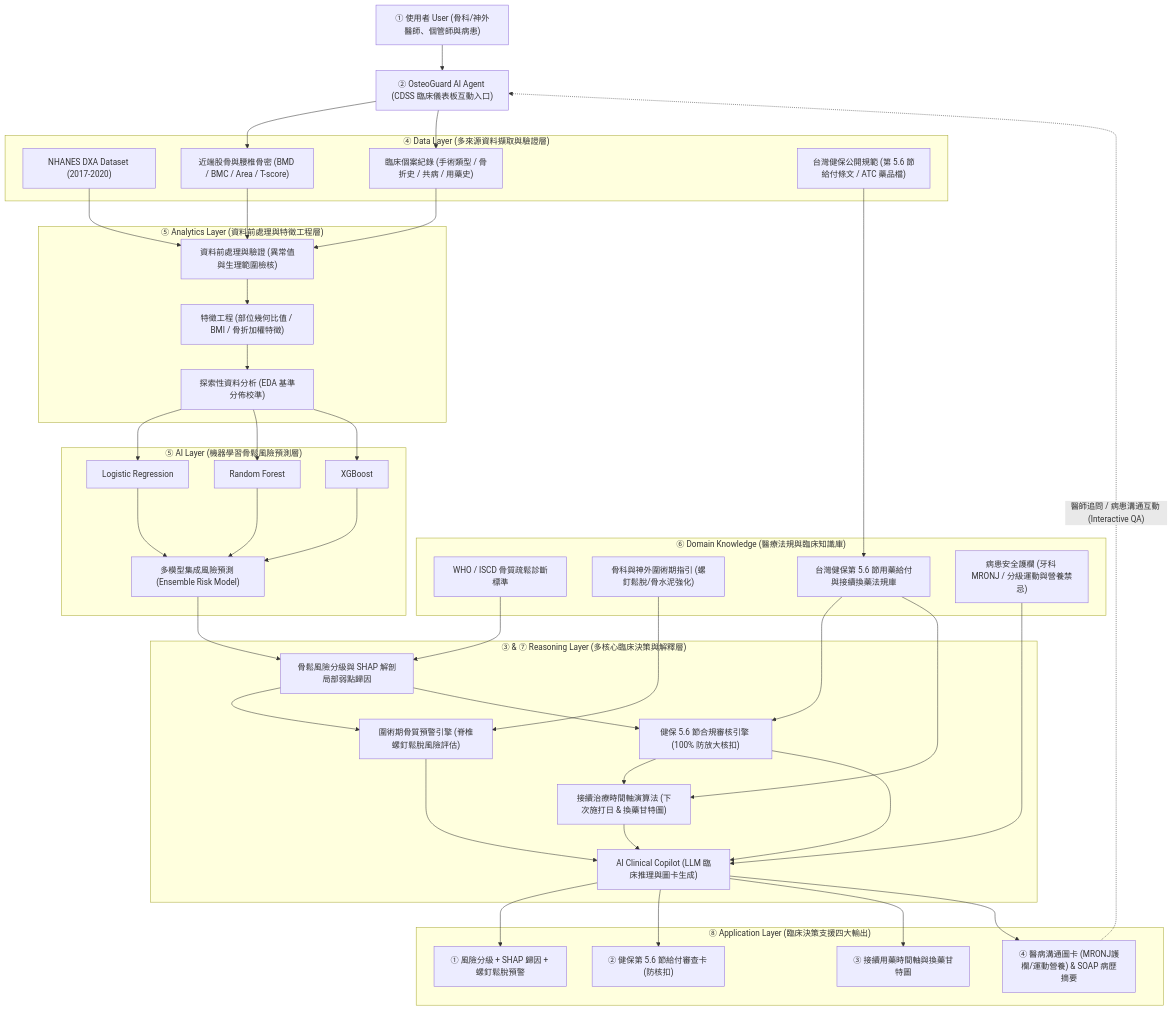
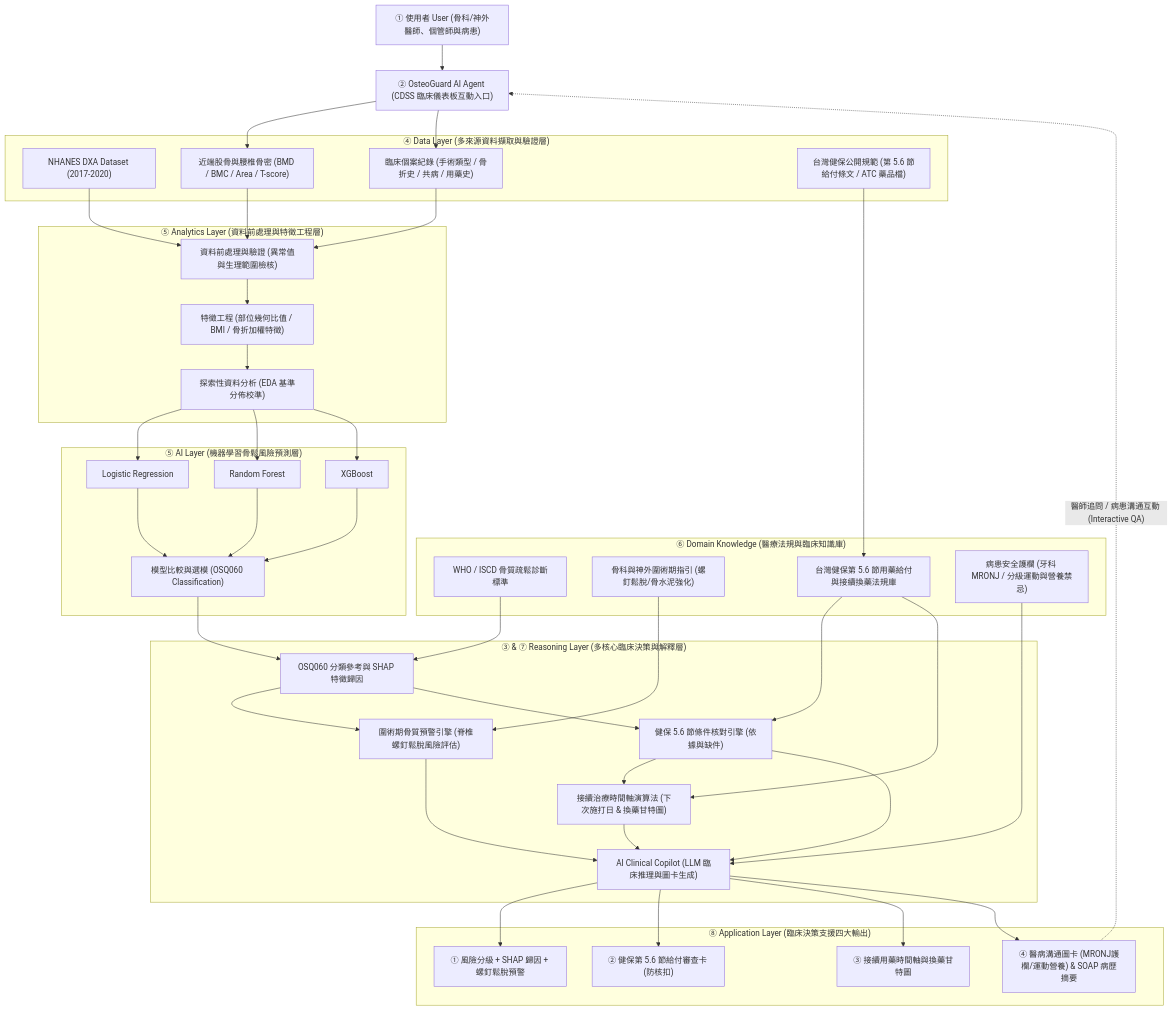
One commit to contemplator/nchu-bone-health-agent changed the first of 2 diagrams in DESIGN.md. Above: the diagram before and after it, drawn with Mermaid. The commit also changed other lines of this file and 5 other files, not shown here.

```diff
--- a/DESIGN.md
+++ b/DESIGN.md
@@ -64,7 +66,7 @@
 J["Logistic Regression"]
 K["Random Forest"]
 L["XGBoost"]
-M["多模型集成風險預測 (Ensemble Risk Model)"]
+M["模型比較與選模 (OSQ060 Classification)"]
 end
 
 subgraph Domain_Knowledge ["⑥ Domain Knowledge (醫療法規與臨床知識庫)"]
@@ -75,9 +77,9 @@
 end
 
 subgraph Reasoning_Layer ["③ & ⑦ Reasoning Layer (多核心臨床決策與解釋層)"]
-R["骨鬆風險分級與 SHAP 解剖局部弱點歸因"]
+R["OSQ060 分類參考與 SHAP 特徵歸因"]
 S["圍術期骨質預警引擎 (脊椎螺釘鬆脫風險評估)"]
-T["健保 5.6 節合規審核引擎 (100% 防放大核扣)"]
+T["健保 5.6 節條件核對引擎 (依據與缺件)"]
 U["接續治療時間軸演算法 (下次施打日 & 換藥甘特圖)"]
 V["AI Clinical Copilot (LLM 臨床推理與圖卡生成)"]
 end
```
